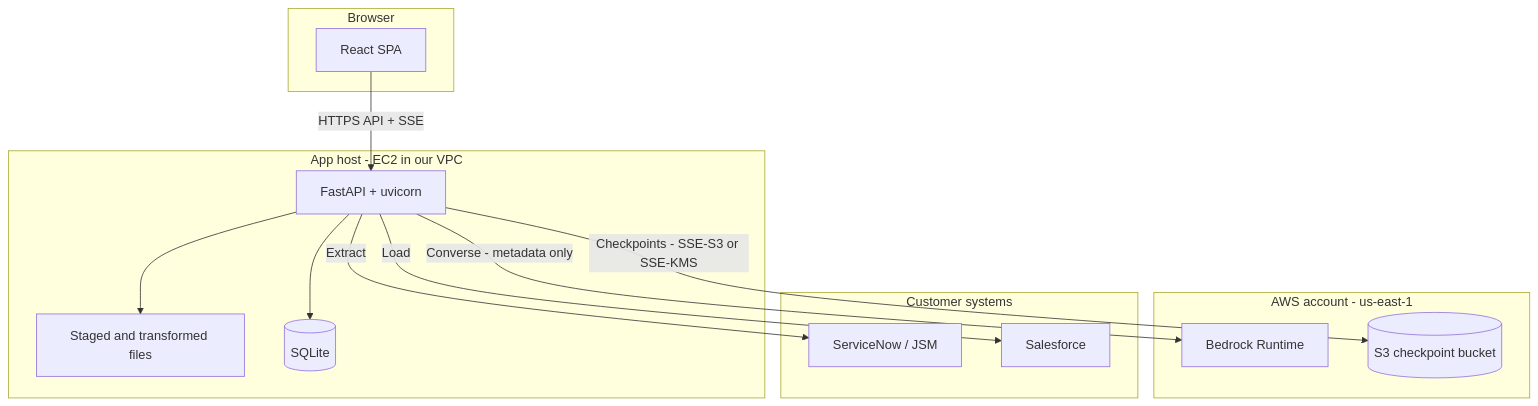
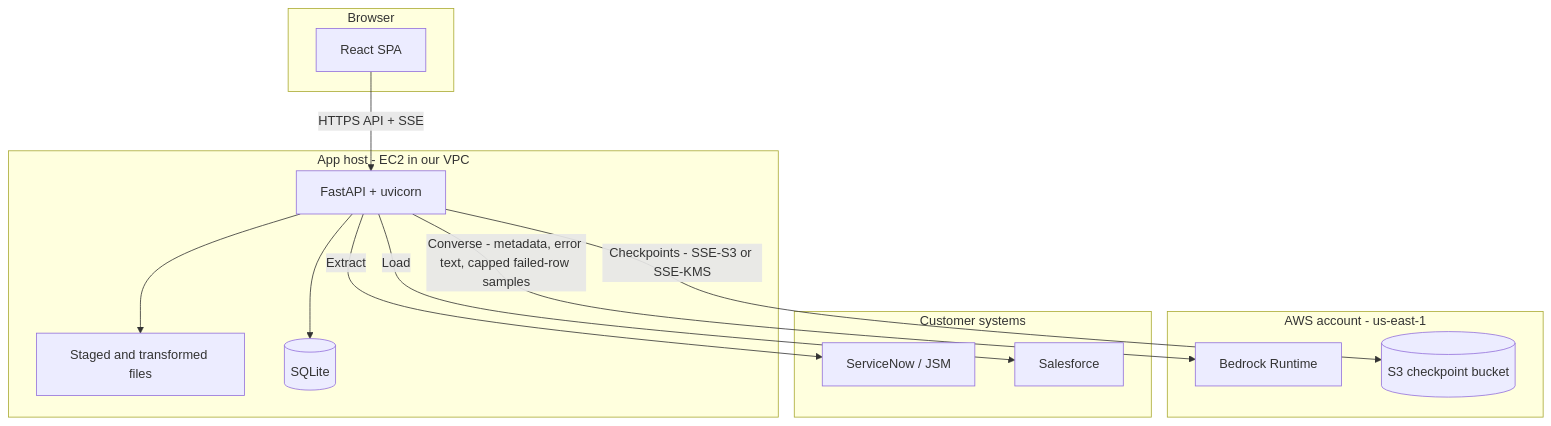
Before and after one commit to shahid-rawther/SF-Data-Migration-LLM: diagram 12 of 12 in docs/ARCHITECTURE.md, drawn with Mermaid. The commit also changed other lines of this file and 57 other files, not shown here.

````diff
--- a/docs/ARCHITECTURE.md
+++ b/docs/ARCHITECTURE.md
@@ -681,30 +1002,30 @@
 ```mermaid
 flowchart TB
   subgraph browser [Browser]
     SPA[React SPA]
   end
 
   subgraph app_host [App host - EC2 in our VPC]
     API[FastAPI + uvicorn]
     Files[Staged and transformed files]
     DB[(SQLite)]
   end
 
   subgraph aws [AWS account - us-east-1]
     BR[Bedrock Runtime]
     S3[(S3 checkpoint bucket)]
   end
 
   subgraph external [Customer systems]
     SN[ServiceNow / JSM]
     SF[Salesforce]
   end
 
   SPA -->|HTTPS API + SSE| API
   API -->|Extract| SN
   API -->|Load| SF
-  API -->|Converse - metadata only| BR
+  API -->|Converse - metadata, error text, capped failed-row samples| BR
   API -->|Checkpoints - SSE-S3 or SSE-KMS| S3
   API --> Files
   API --> DB
 ```
````
